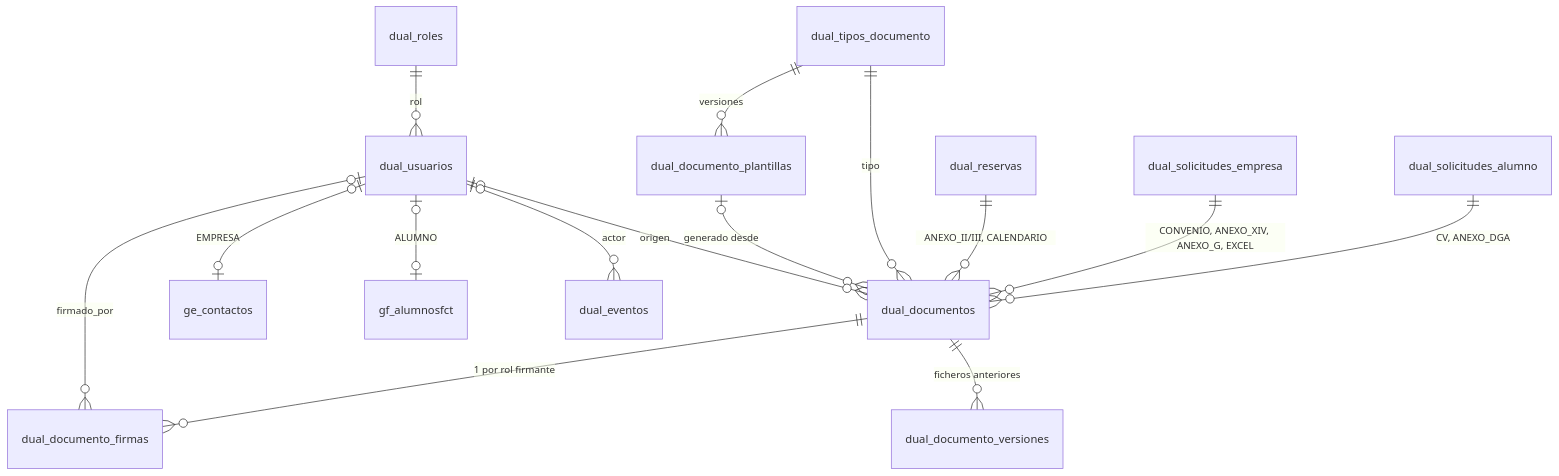
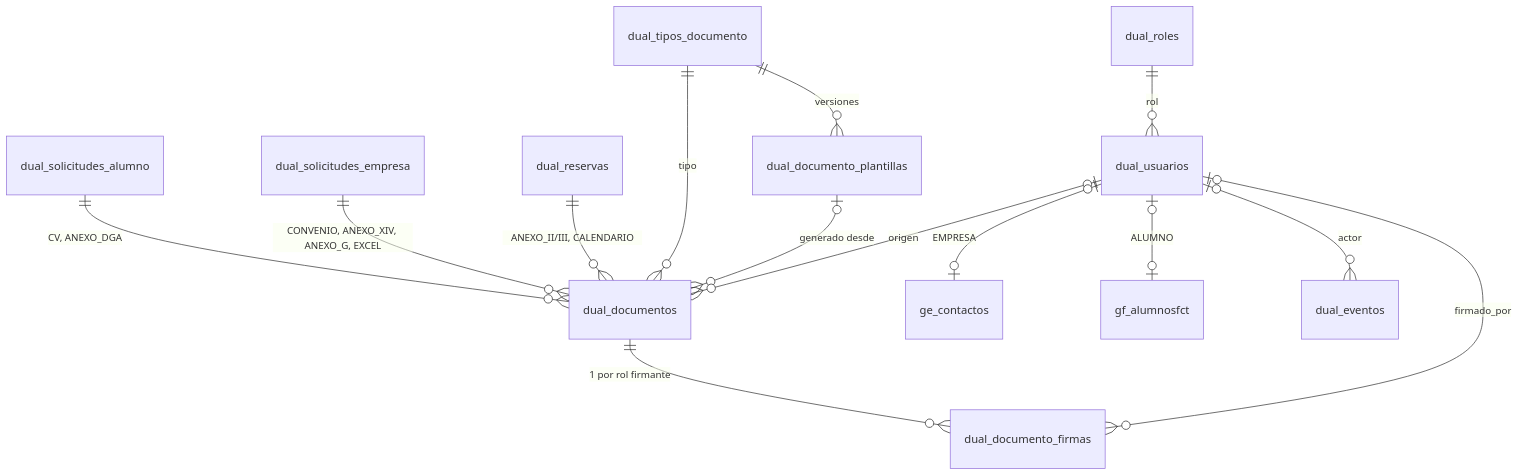
Before and after one commit to Katelynshapoval/Gestor-FP-Dual: the second of 2 diagrams in docs/tecnica/base-de-datos/relaciones.md, drawn with Mermaid. The commit also changed 42 other files, not shown here.

````diff
--- a/docs/tecnica/base-de-datos/relaciones.md
+++ b/docs/tecnica/base-de-datos/relaciones.md
@@ -37,17 +37,16 @@
 ```mermaid
 erDiagram
   dual_solicitudes_alumno ||--o{ dual_documentos : "CV, ANEXO_DGA"
   dual_solicitudes_empresa ||--o{ dual_documentos : "CONVENIO, ANEXO_XIV, ANEXO_G, EXCEL"
   dual_reservas ||--o{ dual_documentos : "ANEXO_II/III, CALENDARIO"
   dual_tipos_documento ||--o{ dual_documentos : "tipo"
   dual_documentos ||--o{ dual_documento_firmas : "1 por rol firmante"
-  dual_documentos ||--o{ dual_documento_versiones : "ficheros anteriores"
   dual_documento_plantillas |o--o{ dual_documentos : "generado desde"
   dual_tipos_documento ||--o{ dual_documento_plantillas : "versiones"
   dual_usuarios |o--o{ dual_documentos : "origen"
   dual_usuarios |o--o{ dual_documento_firmas : "firmado_por"
   dual_roles ||--o{ dual_usuarios : "rol"
   dual_usuarios |o--o| ge_contactos : "EMPRESA"
   dual_usuarios |o--o| gf_alumnosfct : "ALUMNO"
   dual_usuarios |o--o{ dual_eventos : "actor"
 ```
````
